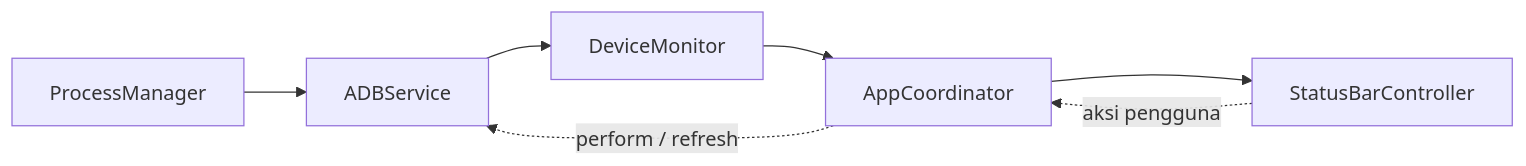
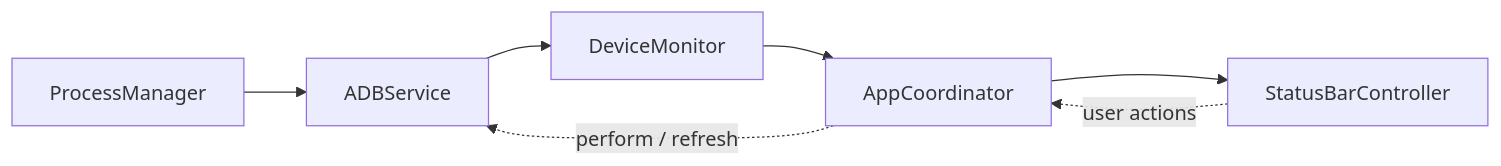
One commit to nasiosheva/ADB-Monitor changed the diagram in README.md. Above: the diagram before and after it, drawn with Mermaid. The commit also changed other lines of this file and 1 other file, not shown here.

````diff
--- a/README.md
+++ b/README.md
@@ -185,9 +186,9 @@
 ```mermaid
 flowchart LR
     PM[ProcessManager] --> AS[ADBService]
     AS --> DM[DeviceMonitor]
     DM --> AC[AppCoordinator]
     AC --> SB[StatusBarController]
-    SB -. aksi pengguna .-> AC
+    SB -. user actions .-> AC
     AC -. perform / refresh .-> AS
 ```
````
